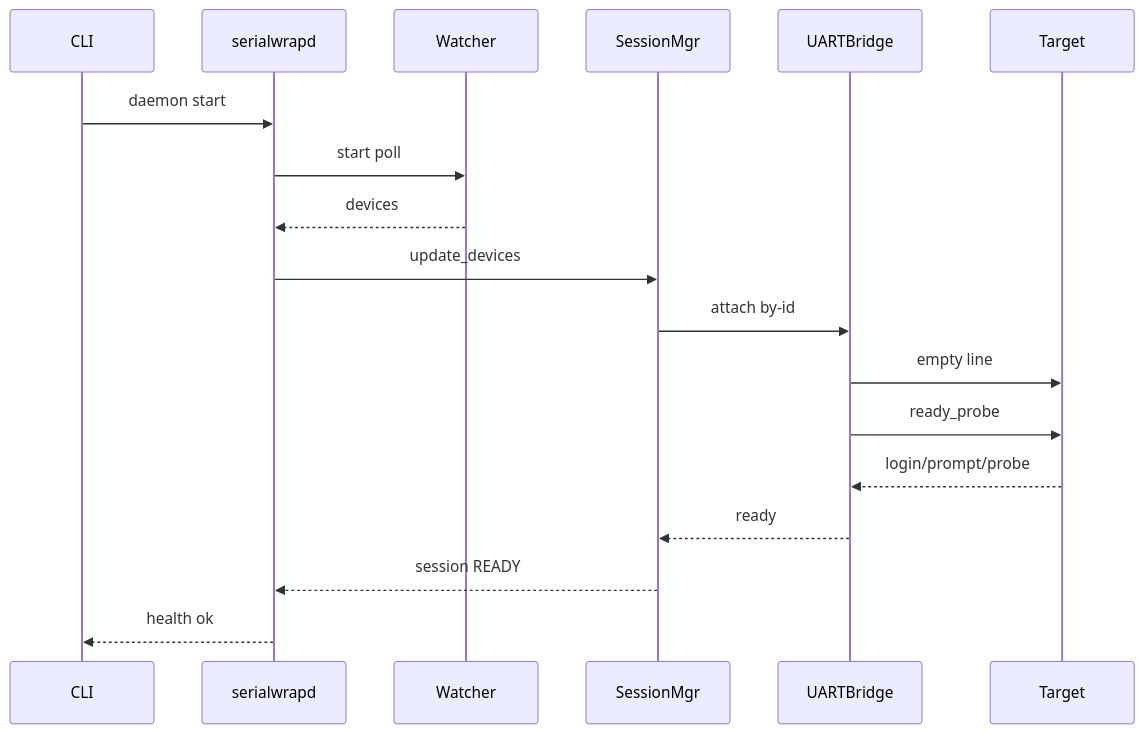
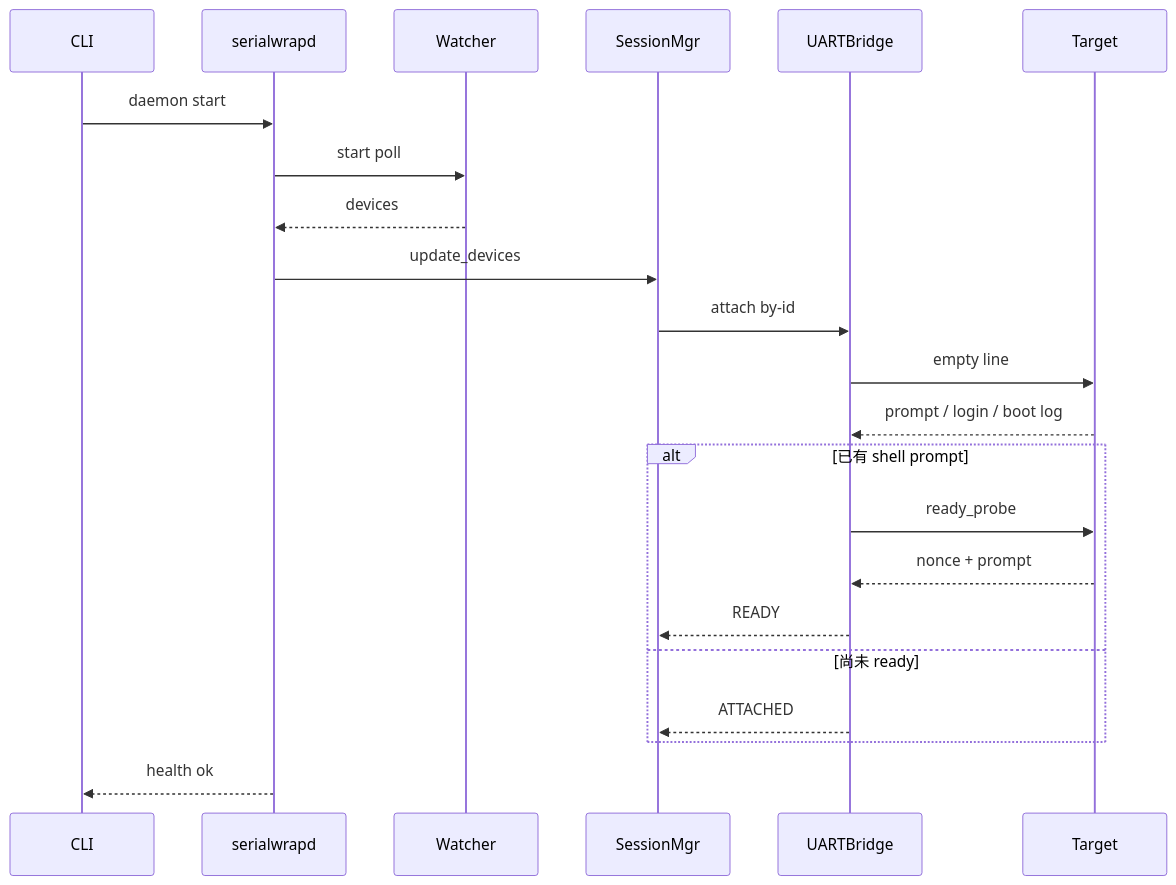
The second of 3 diagrams in README.md (hamanpaul/serialwrap), drawn with Mermaid before and after one commit. The commit also changed other lines of this file and 15 other files, not shown here.

First line of the commit message:
refactor(session-fsm): 新增 ATTACHED 狀態，重構 login 觸發邊界

````diff
--- a/README.md
+++ b/README.md
@@ -68,21 +68,25 @@
 ```mermaid
 sequenceDiagram
     participant CLI as CLI
     participant D as serialwrapd
     participant W as Watcher
     participant SM as SessionMgr
     participant U as UARTBridge
     participant T as Target
 
     CLI->>D: daemon start
     D->>W: start poll
     W-->>D: devices
     D->>SM: update_devices
     SM->>U: attach by-id
     U->>T: empty line
-    U->>T: ready_probe
-    T-->>U: login/prompt/probe
-    U-->>SM: ready
-    SM-->>D: session READY
+    T-->>U: prompt / login / boot log
+    alt 已有 shell prompt
+        U->>T: ready_probe
+        T-->>U: nonce + prompt
+        U-->>SM: READY
+    else 尚未 ready
+        U-->>SM: ATTACHED
+    end
     D-->>CLI: health ok
 ```
````
